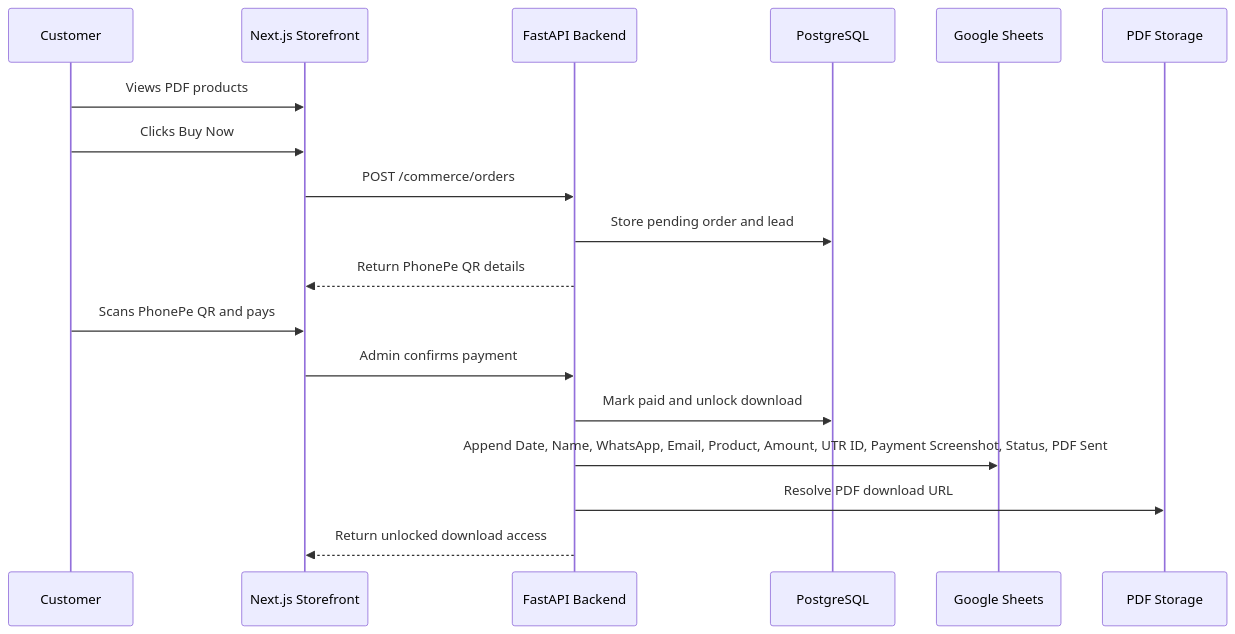
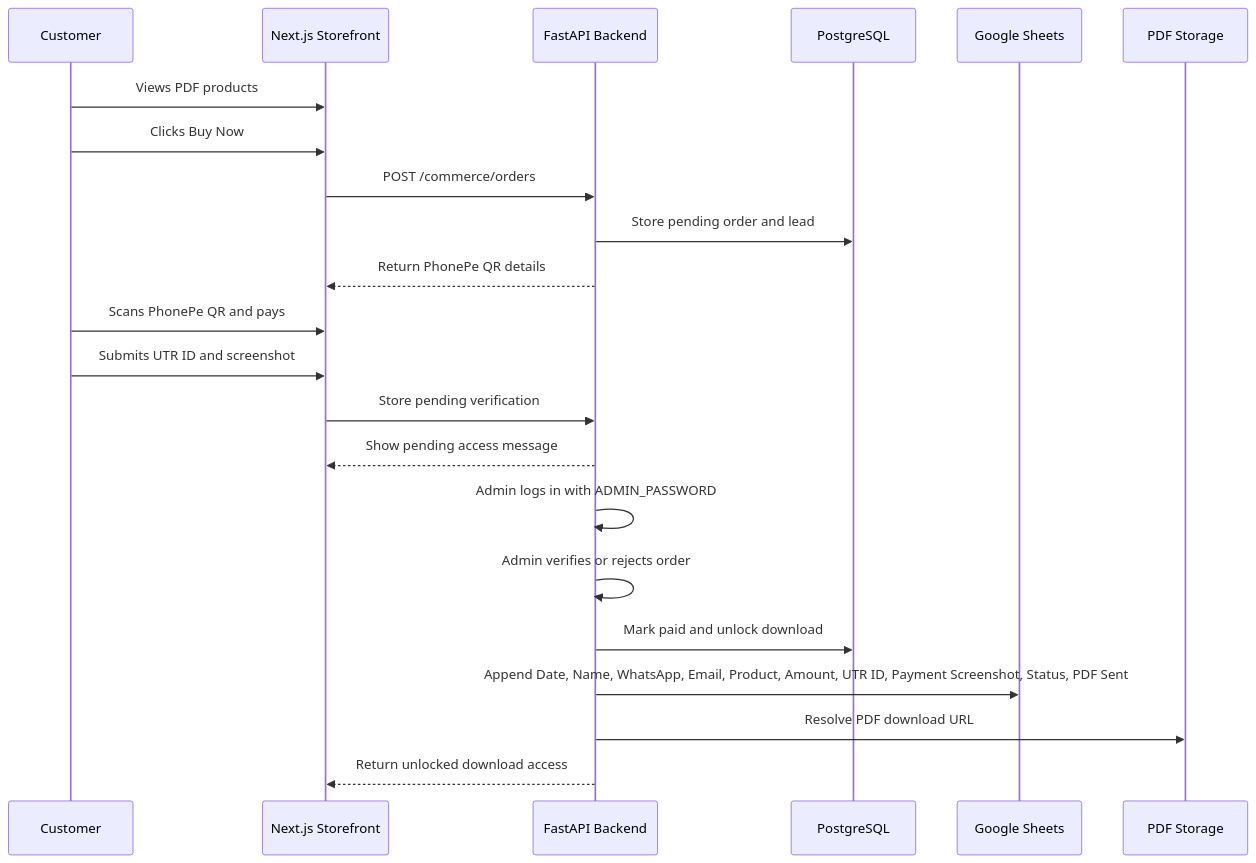
One commit to UmangAwasthi-20/Physique-Meter changed the diagram in docs/commerce-flow.md. Above: the diagram before and after it, drawn with Mermaid. The commit also changed 11 other files, not shown here.

````diff
--- a/docs/commerce-flow.md
+++ b/docs/commerce-flow.md
@@ -3,21 +3,25 @@
 ```mermaid
 sequenceDiagram
   participant C as Customer
   participant W as Next.js Storefront
   participant A as FastAPI Backend
   participant P as PostgreSQL
   participant S as Google Sheets
   participant D as PDF Storage
 
   C->>W: Views PDF products
   C->>W: Clicks Buy Now
   W->>A: POST /commerce/orders
   A->>P: Store pending order and lead
   A-->>W: Return PhonePe QR details
   C->>W: Scans PhonePe QR and pays
-  W->>A: Admin confirms payment
+  C->>W: Submits UTR ID and screenshot
+  W->>A: Store pending verification
+  A-->>W: Show pending access message
+  A->>A: Admin logs in with ADMIN_PASSWORD
+  A->>A: Admin verifies or rejects order
   A->>P: Mark paid and unlock download
   A->>S: Append Date, Name, WhatsApp, Email, Product, Amount, UTR ID, Payment Screenshot, Status, PDF Sent
   A->>D: Resolve PDF download URL
   A-->>W: Return unlocked download access
 ```
````
